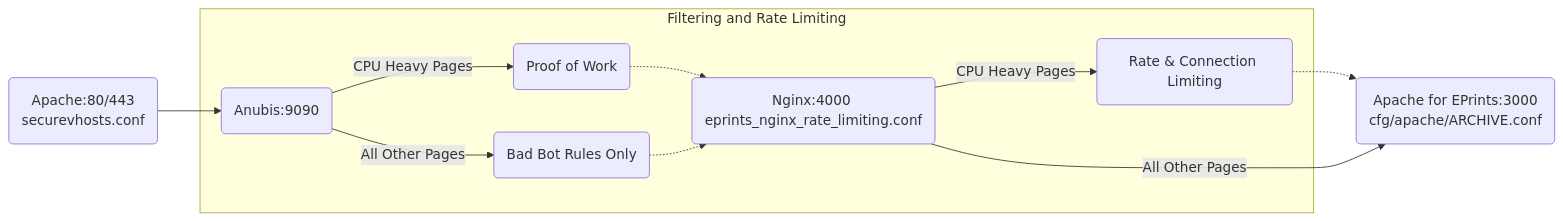
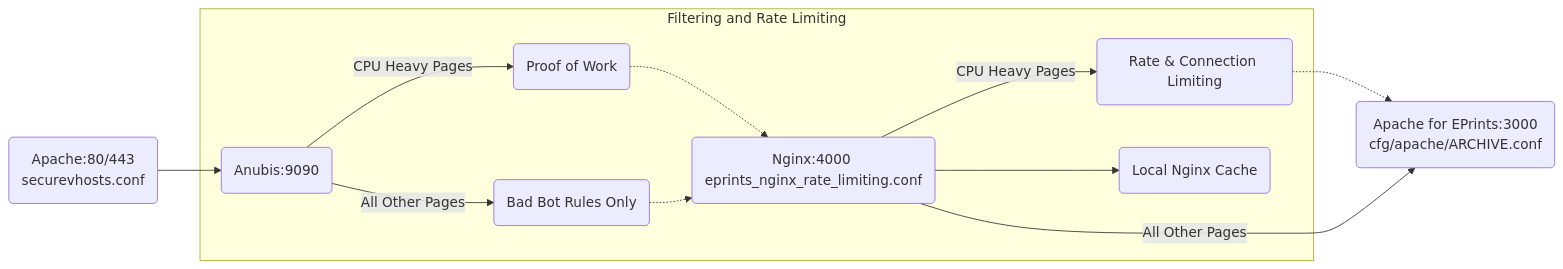
Before and after one commit to eprints/BEVIS: the first of 2 diagrams in README.md, drawn with Mermaid. The commit also changed other lines of this file and 1 other file, not shown here.

Commit message:
partial update of README for latest work, and re-try logic in nginx

````diff
--- a/README.md
+++ b/README.md
@@ -68,28 +81,31 @@
 ```mermaid
 flowchart LR
    
    TCP(Apache:80/443\nsecurevhosts.conf)
    EPR(Apache for EPrints:3000\ncfg/apache/ARCHIVE.conf)
    
 
    subgraph Filtering and Rate Limiting
       ANU(Anubis:9090)
       PROOF(Proof of Work)
       BAD(Bad Bot Rules Only)
       RATE(Rate & Connection Limiting)
       NGX(Nginx:4000 \neprints_nginx_rate_limiting.conf)
+      CACHE(Local Nginx Cache)
       
    end
 
    
    TCP -->  ANU
    ANU --> | CPU Heavy Pages | PROOF
    PROOF -.-> NGX
    ANU --> | All Other Pages | BAD
    BAD -.-> NGX
    NGX --> | CPU Heavy Pages | RATE
+   NGX --> CACHE
+   
    
    RATE -.->  EPR
    NGX --> | All Other Pages | EPR
    
 ```
````
